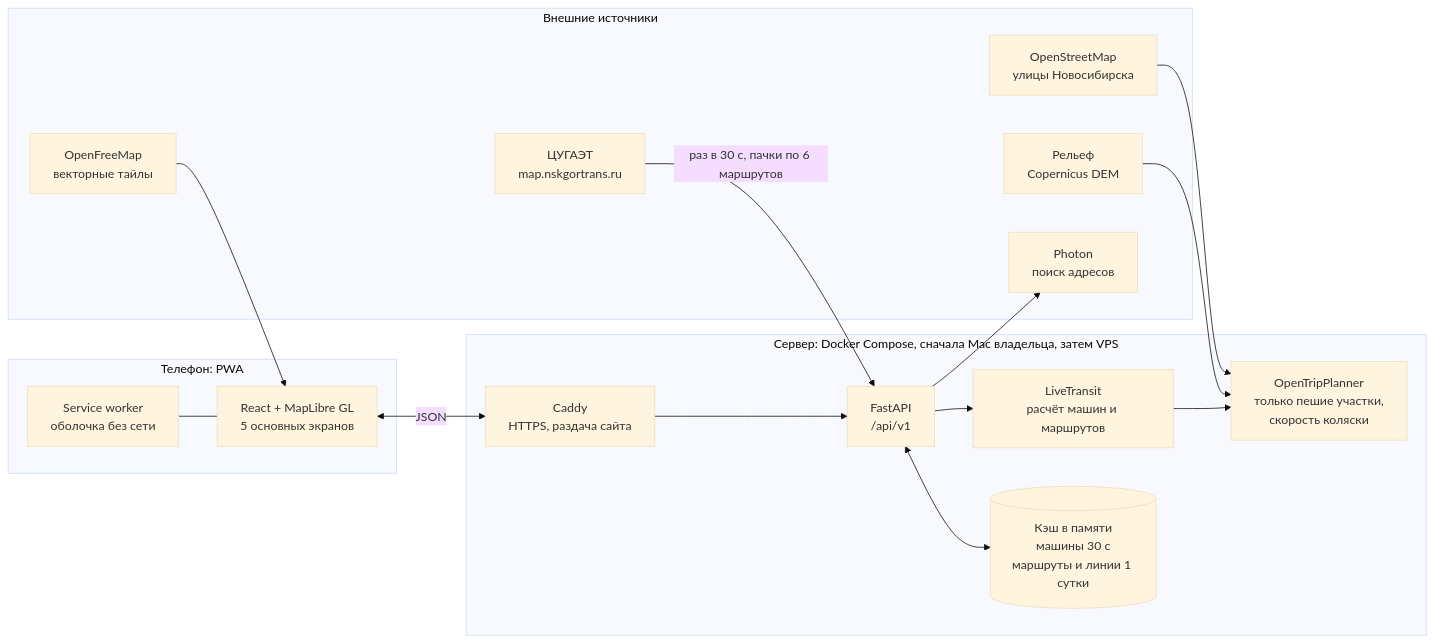
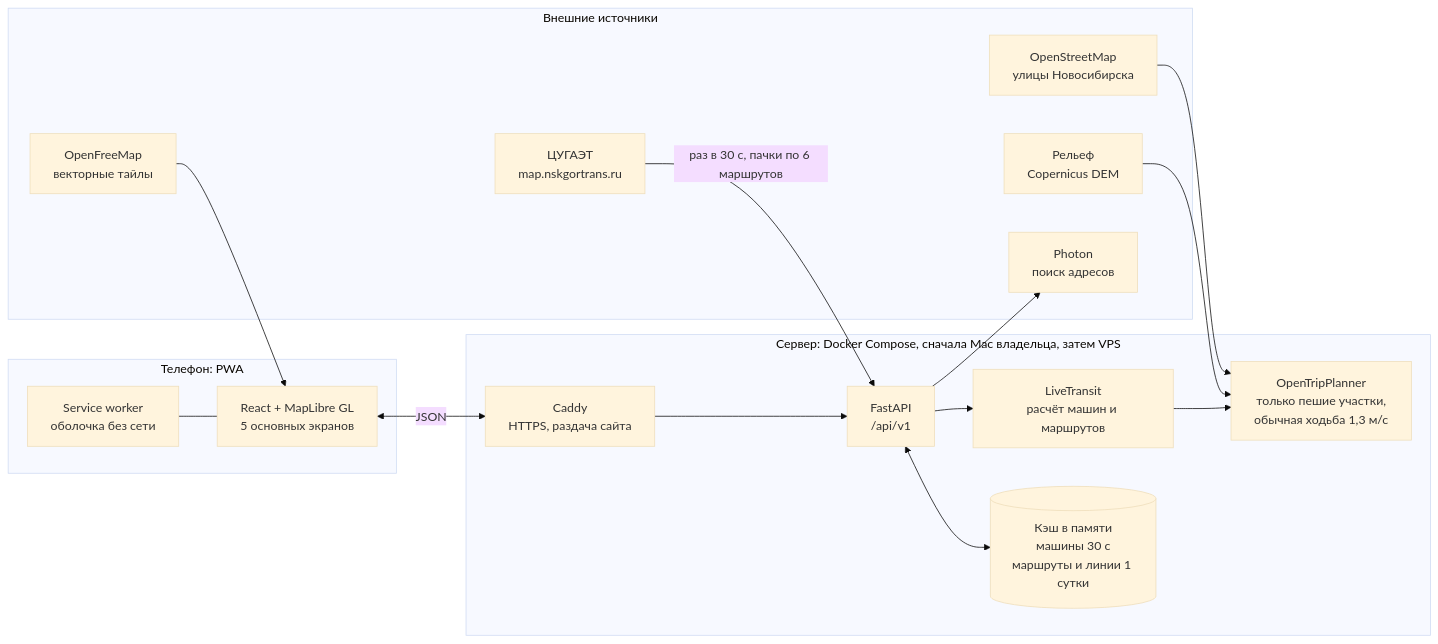
The diagram in docs/ARCHITECTURE.md (Hefl1X/GoPoint), drawn with Mermaid (base theme) before and after one commit. The commit also changed other lines of this file and 5 other files, not shown here.

````diff
--- a/docs/ARCHITECTURE.md
+++ b/docs/ARCHITECTURE.md
@@ -30,35 +30,35 @@
 ```mermaid
 flowchart LR
   subgraph EXT[Внешние источники]
     TS[ЦУГАЭТ<br/>map.nskgortrans.ru]
     OSM[OpenStreetMap<br/>улицы Новосибирска]
     DEM[Рельеф<br/>Copernicus DEM]
     TILES[OpenFreeMap<br/>векторные тайлы]
     PH[Photon<br/>поиск адресов]
   end
 
   subgraph SRV[Сервер: Docker Compose, сначала Mac владельца, затем VPS]
     CADDY[Caddy<br/>HTTPS, раздача сайта]
     API[FastAPI<br/>/api/v1]
     LT[LiveTransit<br/>расчёт машин и маршрутов]
     CACHE[(Кэш в памяти<br/>машины 30 с<br/>маршруты и линии 1 сутки)]
-    OTP[OpenTripPlanner<br/>только пешие участки,<br/>скорость коляски]
+    OTP[OpenTripPlanner<br/>только пешие участки,<br/>обычная ходьба 1,3 м/с]
   end
 
   subgraph WEB[Телефон: PWA]
     UI[React + MapLibre GL<br/>5 основных экранов]
     SW[Service worker<br/>оболочка без сети]
   end
 
   TS -->|раз в 30 с, пачки по 6 маршрутов| API
   OSM --> OTP
   DEM --> OTP
   API <--> CACHE
   API --> LT
   LT --> OTP
   API --> PH
   UI <-->|JSON| CADDY
   CADDY --> API
   TILES --> UI
   SW --- UI
 ```
````
